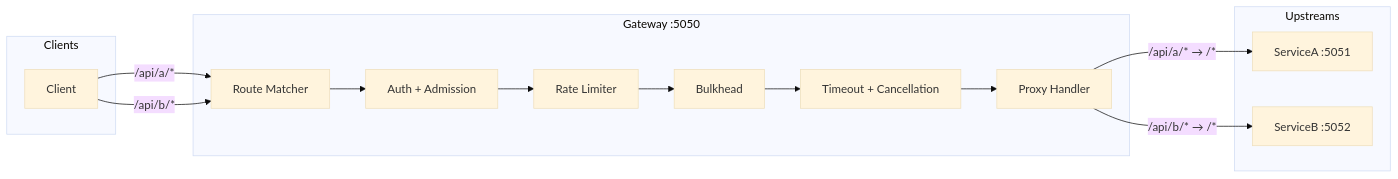
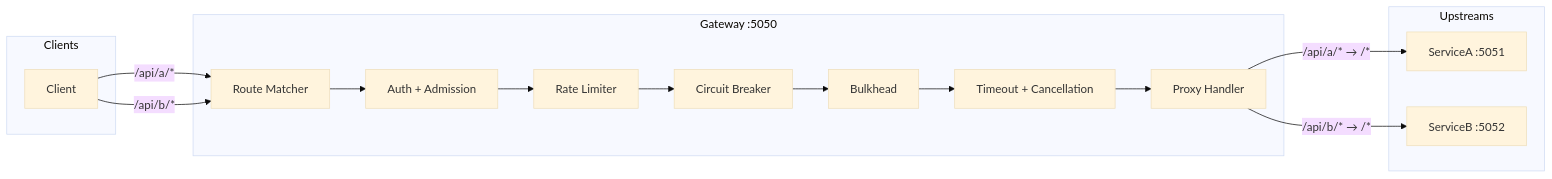
One commit to Am64r/mini-gateway changed the third of 3 diagrams in README.md. Above: the diagram before and after it, drawn with Mermaid (base theme). The commit also changed other lines of this file and 5 other files, not shown here.

Commit message:
added circuit breaker to reject upstream requests and return 503 if per-route failures exceed threshold

````diff
--- a/README.md
+++ b/README.md
@@ -61,26 +64,27 @@
 ```mermaid
 flowchart LR
     subgraph Clients
         C1[Client]
     end
 
     subgraph Gateway[Gateway :5050]
         R[Route Matcher]
         A0[Auth + Admission]
         RL[Rate Limiter]
+        CB[Circuit Breaker]
         BH[Bulkhead]
         T[Timeout + Cancellation]
         P[Proxy Handler]
     end
 
     subgraph Upstreams
         A[ServiceA :5051]
         B[ServiceB :5052]
     end
 
     C1 -->|/api/a/*| R
     C1 -->|/api/b/*| R
-    R --> A0 --> RL --> BH --> T --> P
+    R --> A0 --> RL --> CB --> BH --> T --> P
     P -->|/api/a/* → /*| A
     P -->|/api/b/* → /*| B
 ```
````
